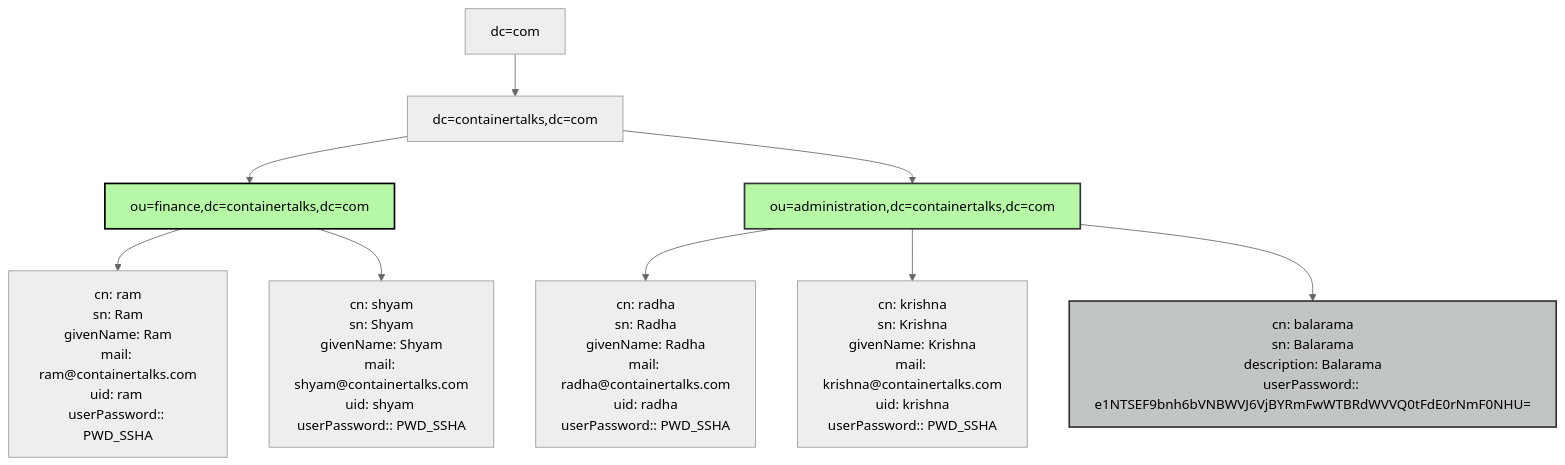
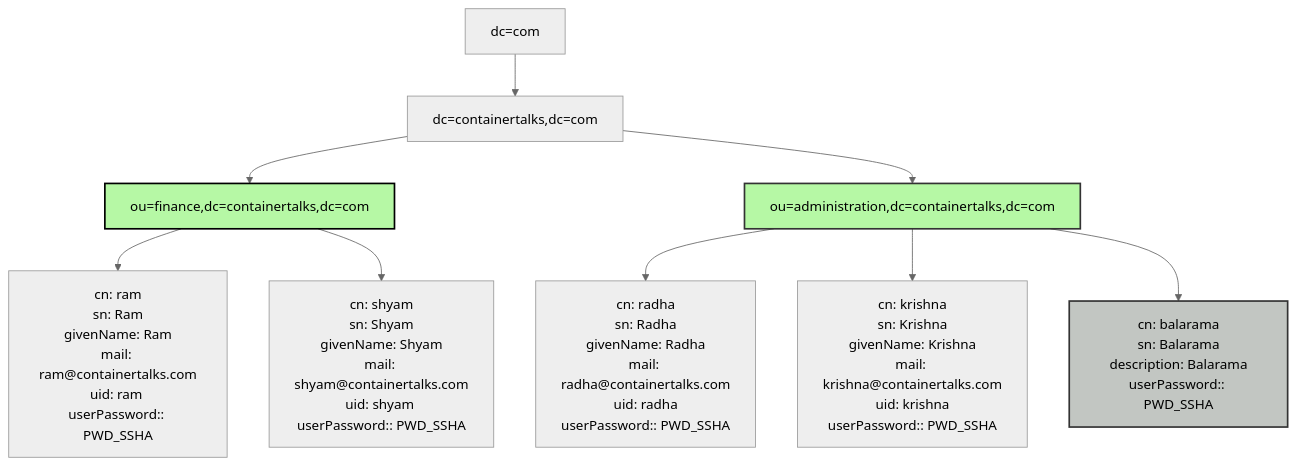
One commit to jinnabaalu/openldap-tutorial changed the fourth of 4 diagrams in 3.2.LDAPOperations.md. Above: the diagram before and after it, drawn with Mermaid (neutral theme).

Commit message:
updated mermaid

````diff
--- a/3.2.LDAPOperations.md
+++ b/3.2.LDAPOperations.md
@@ -105,14 +105,14 @@
 ```mermaid
 flowchart TD
     A[dc=com] --> B[dc=containertalks,dc=com]
     B --> C[ou=finance,dc=containertalks,dc=com]
     B --> D[ou=administration,dc=containertalks,dc=com]
     C --> E[cn: ram<br>sn: Ram<br>givenName: Ram<br>mail: ram@containertalks.com<br>uid: ram <br>userPassword:: PWD_SSHA]
     C --> F[cn: shyam<br>sn: Shyam<br>givenName: Shyam<br>mail: shyam@containertalks.com<br>uid: shyam <br>userPassword:: PWD_SSHA]
     D --> G[cn: radha<br>sn: Radha<br>givenName: Radha<br>mail: radha@containertalks.com<br>uid: radha<br>userPassword:: PWD_SSHA]
     D --> H[cn: krishna<br>sn: Krishna<br>givenName: Krishna<br>mail: krishna@containertalks.com<br>uid: krishna<br>userPassword:: PWD_SSHA]
-    D --> I[cn: balarama<br>sn: Balarama<br>description: Balarama<br>userPassword:: e1NTSEF9bnh6bVNBWVJ6VjBYRmFwWTBRdWVVQ0tFdE0rNmF0NHU=]
+    D --> I[cn: balarama<br>sn: Balarama<br>description: Balarama<br>userPassword:: PWD_SSHA]
     style C fill:#b6f8a5,stroke:#000,stroke-width:2px
     style D fill:#b6f8a5,stroke:#333,stroke-width:2px
     style I fill:#c2c6c2,stroke:#333,stroke-width:2px
 ```
````
